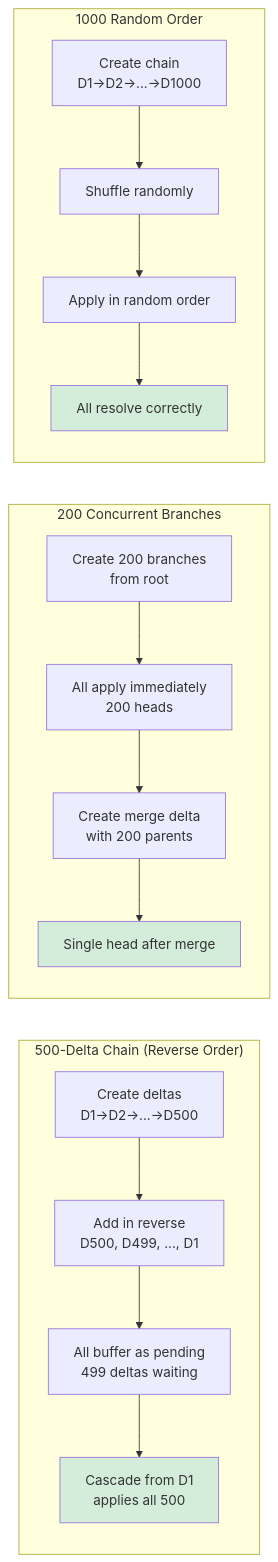
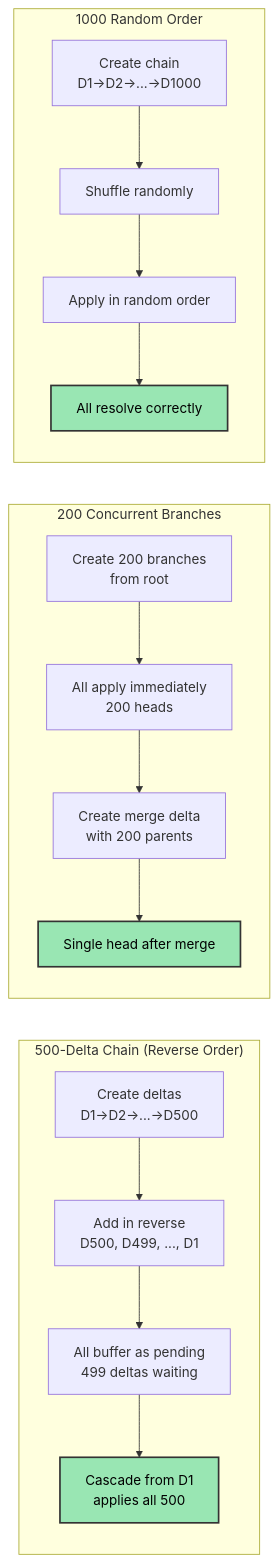
The seventh of 7 diagrams in crates/dag/README.md (calimero-network/core), drawn with Mermaid before and after one commit. The commit also changed other lines of this file and 4 other files, not shown here.

First line of the commit message:
fix(docs): improve mermaid diagram accessibility and fix parsing errors

````diff
--- a/crates/dag/README.md
+++ b/crates/dag/README.md
@@ -508,33 +508,33 @@
 ```mermaid
 flowchart LR
     subgraph "500-Delta Chain (Reverse Order)"
         S1[Create deltas<br/>D1→D2→...→D500]
         S2[Add in reverse<br/>D500, D499, ..., D1]
         S3[All buffer as pending<br/>499 deltas waiting]
         S4[Cascade from D1<br/>applies all 500]
         
         S1 --> S2 --> S3 --> S4
     end
     
     subgraph "200 Concurrent Branches"
         C1[Create 200 branches<br/>from root]
         C2[All apply immediately<br/>200 heads]
         C3[Create merge delta<br/>with 200 parents]
         C4[Single head after merge]
         
         C1 --> C2 --> C3 --> C4
     end
     
     subgraph "1000 Random Order"
         R1[Create chain<br/>D1→D2→...→D1000]
         R2[Shuffle randomly]
         R3[Apply in random order]
         R4[All resolve correctly]
         
         R1 --> R2 --> R3 --> R4
     end
     
-    style S4 fill:#d4edda
-    style C4 fill:#d4edda
-    style R4 fill:#d4edda
+    style S4 fill:#99e6b3,stroke:#333,stroke-width:2px,color:#000
+    style C4 fill:#99e6b3,stroke:#333,stroke-width:2px,color:#000
+    style R4 fill:#99e6b3,stroke:#333,stroke-width:2px,color:#000
 ```
````
